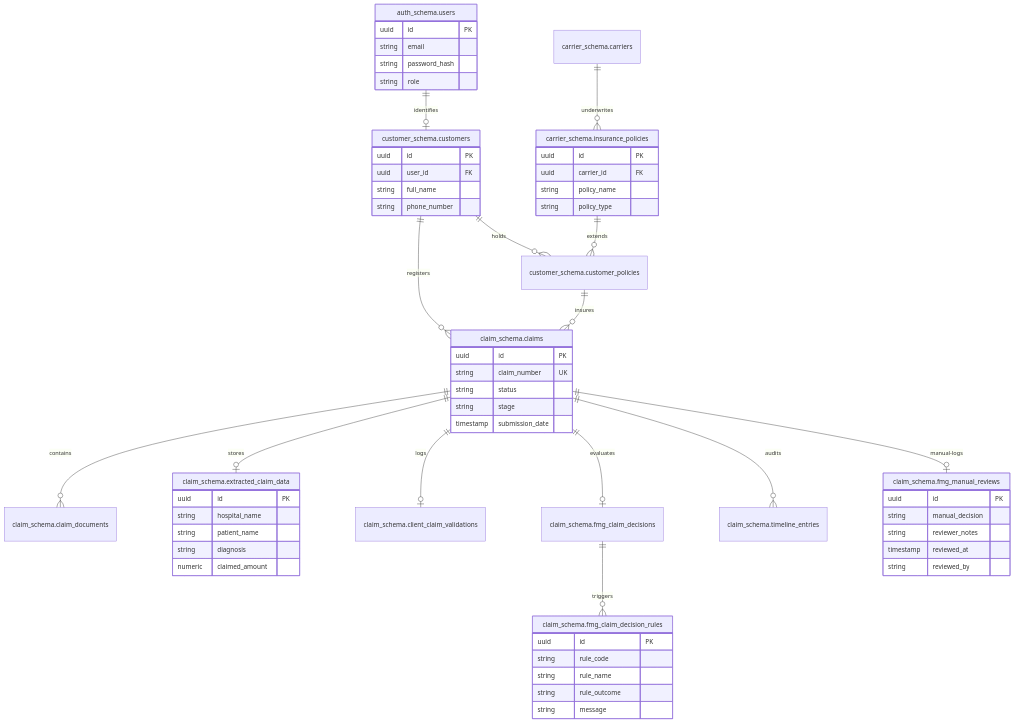
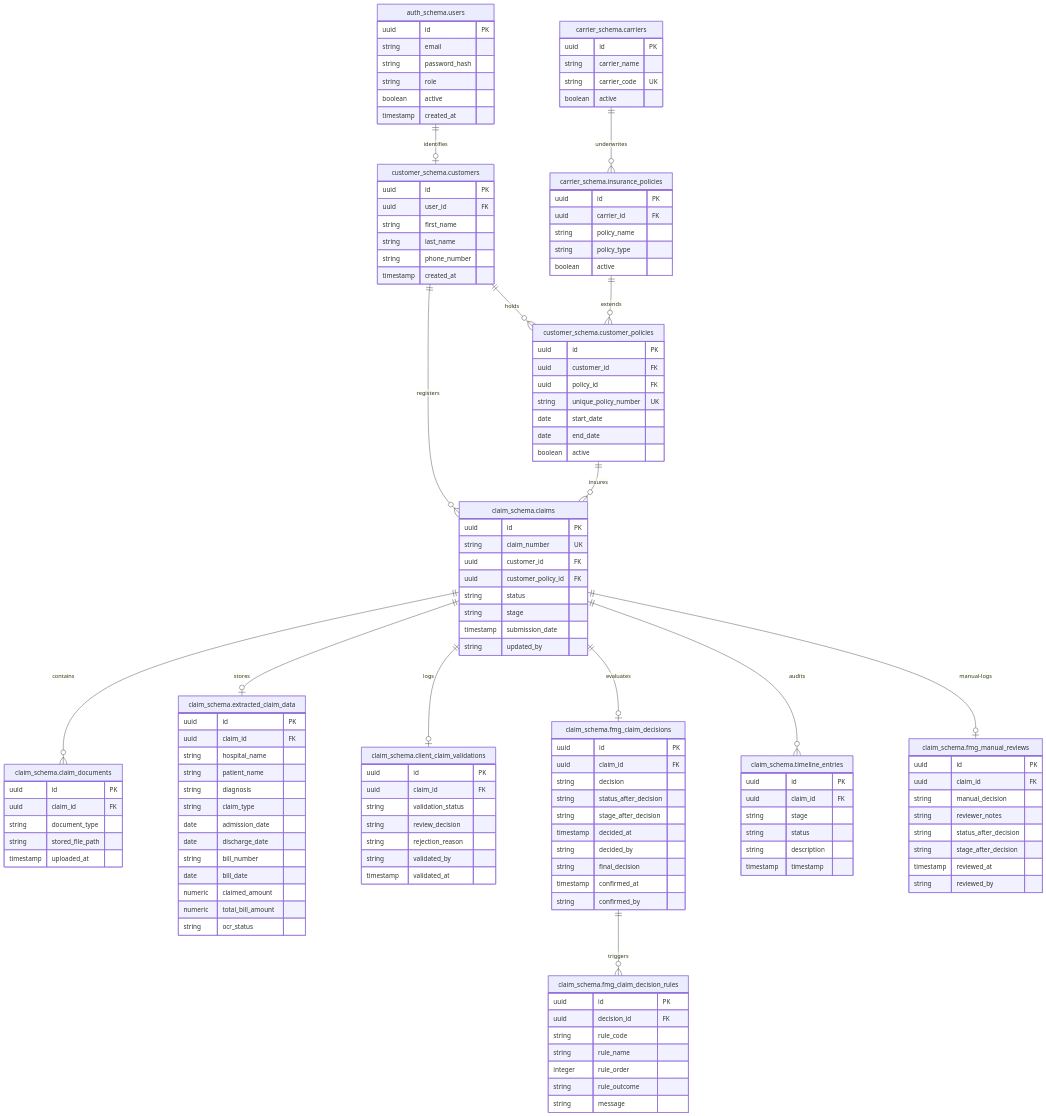
The sixth of 6 diagrams in README.md (Sampramardhan/Tpa_Claim_Process), drawn with Mermaid before and after one commit.

Commit message:
Update ERD with complete table columns and relationships

````diff
--- a/README.md
+++ b/README.md
@@ -327,6 +327,8 @@
         string email
         string password_hash
         string role
+        boolean active
+        timestamp created_at
     }
 
     %% ==========================================
@@ -339,8 +341,20 @@
     "customer_schema.customers" {
         uuid id PK
         uuid user_id FK
-        string full_name
+        string first_name
+        string last_name
         string phone_number
+        timestamp created_at
+    }
+    
+    "customer_schema.customer_policies" {
+        uuid id PK
+        uuid customer_id FK
+        uuid policy_id FK
+        string unique_policy_number UK
+        date start_date
+        date end_date
+        boolean active
     }
 
     %% ==========================================
@@ -349,11 +363,19 @@
     "carrier_schema.carriers" ||--o{ "carrier_schema.insurance_policies" : "underwrites"
     "carrier_schema.insurance_policies" ||--o{ "customer_schema.customer_policies" : "extends"
     
+    "carrier_schema.carriers" {
+        uuid id PK
+        string carrier_name
+        string carrier_code UK
+        boolean active
+    }
+
     "carrier_schema.insurance_policies" {
         uuid id PK
         uuid carrier_id FK
         string policy_name
         string policy_type
+        boolean active
     }
 
     %% ==========================================
@@ -371,32 +393,88 @@
     "claim_schema.claims" {
         uuid id PK
         string claim_number UK
+        uuid customer_id FK
+        uuid customer_policy_id FK
         string status
         string stage
         timestamp submission_date
+        string updated_by
     }
     
+    "claim_schema.claim_documents" {
+        uuid id PK
+        uuid claim_id FK
+        string document_type
+        string stored_file_path
+        timestamp uploaded_at
+    }
+
     "claim_schema.extracted_claim_data" {
         uuid id PK
+        uuid claim_id FK
         string hospital_name
         string patient_name
         string diagnosis
+        string claim_type
+        date admission_date
+        date discharge_date
+        string bill_number
+        date bill_date
         numeric claimed_amount
+        numeric total_bill_amount
+        string ocr_status
     }
     
+    "claim_schema.client_claim_validations" {
+        uuid id PK
+        uuid claim_id FK
+        string validation_status
+        string review_decision
+        string rejection_reason
+        string validated_by
+        timestamp validated_at
+    }
+
+    "claim_schema.fmg_claim_decisions" {
+        uuid id PK
+        uuid claim_id FK
+        string decision
+        string status_after_decision
+        string stage_after_decision
+        timestamp decided_at
+        string decided_by
+        string final_decision
+        timestamp confirmed_at
+        string confirmed_by
+    }
+
     "claim_schema.fmg_claim_decision_rules" {
         uuid id PK
+        uuid decision_id FK
         string rule_code
         string rule_name
+        integer rule_order
         string rule_outcome
         string message
     }
     
     "claim_schema.fmg_manual_reviews" {
         uuid id PK
+        uuid claim_id FK
         string manual_decision
         string reviewer_notes
+        string status_after_decision
+        string stage_after_decision
         timestamp reviewed_at
         string reviewed_by
     }
+    
+    "claim_schema.timeline_entries" {
+        uuid id PK
+        uuid claim_id FK
+        string stage
+        string status
+        string description
+        timestamp timestamp
+    }
 ```
````
